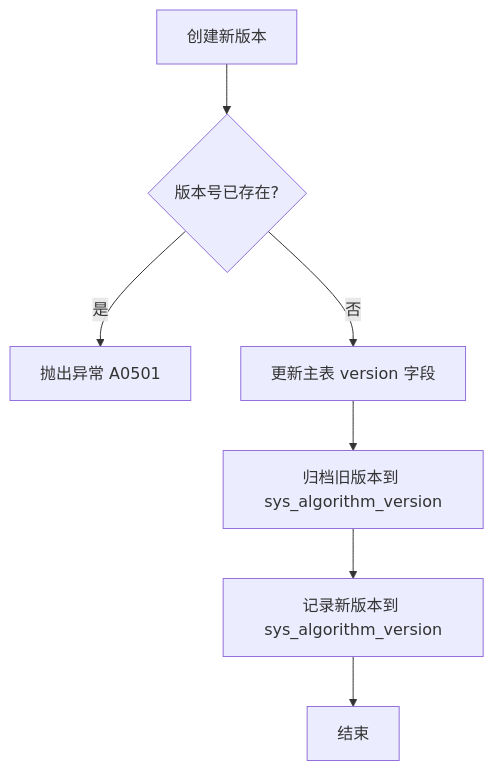
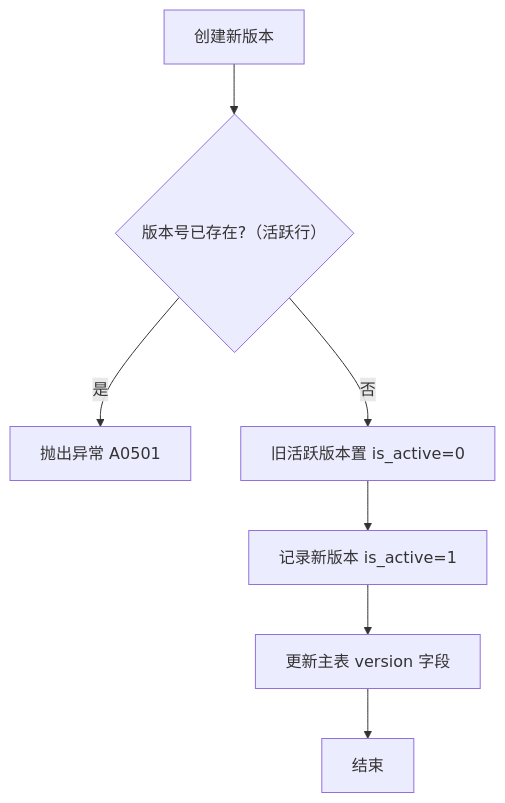
One commit to earthy-zinc/dehaze-system changed the third of 5 diagrams in dehaze-doc/docs/03-模块设计/核心模块/算法管理/后端实现.md. Above: the diagram before and after it, drawn with Mermaid. The commit also changed other lines of this file and 2348 other files, not shown here.

````diff
--- a/dehaze-doc/docs/03-模块设计/核心模块/算法管理/后端实现.md
+++ b/dehaze-doc/docs/03-模块设计/核心模块/算法管理/后端实现.md
@@ -194,9 +208,9 @@
 ```mermaid
 graph TD
-    A[创建新版本] --> B{版本号已存在?}
+    A[创建新版本] --> B{版本号已存在?（活跃行）}
     B -->|是| C[抛出异常 A0501]
-    B -->|否| D[更新主表 version 字段]
-    D --> E[归档旧版本到 sys_algorithm_version]
-    E --> F[记录新版本到 sys_algorithm_version]
+    B -->|否| D[旧活跃版本置 is_active=0]
+    D --> E[记录新版本 is_active=1]
+    E --> F[更新主表 version 字段]
     F --> G[结束]
 ```
````
